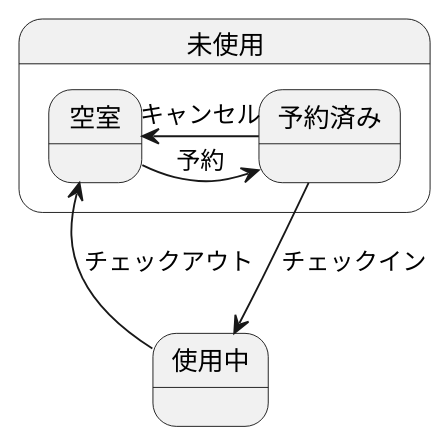
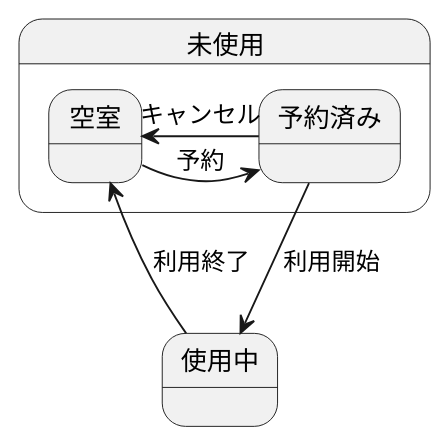
Before and after one commit to hatafukuryouya/UML_introduction: the diagram in 演習６/演習6-2_SD_部屋オブジェクト.pu, drawn with PlantUML. The commit also changed 1 other file, not shown here.

```diff
--- a/演習６/演習6-2_SD_部屋オブジェクト.pu
+++ b/演習６/演習6-2_SD_部屋オブジェクト.pu
@@ -1,12 +1,12 @@
 @startuml ホテル
 skinparam packageStyle rectangle
 state 未使用{
   予約済み -> 空室 :キャンセル
   空室 -> 予約済み :予約
 }
 state 使用中{
-予約済み -->使用中 :チェックイン
-使用中 --> 空室 :チェックアウト
+予約済み -->使用中 :利用開始
+使用中 --> 空室 :利用終了
 }
 
 @enduml
```
